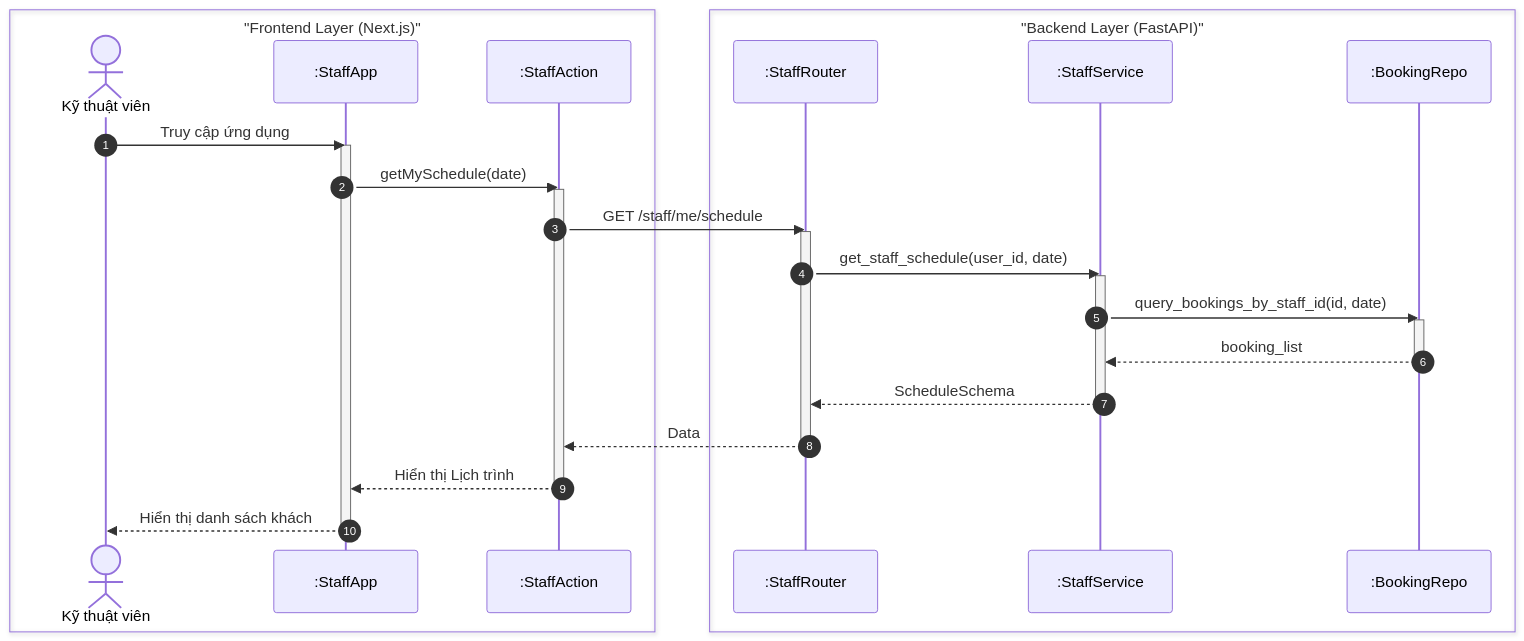
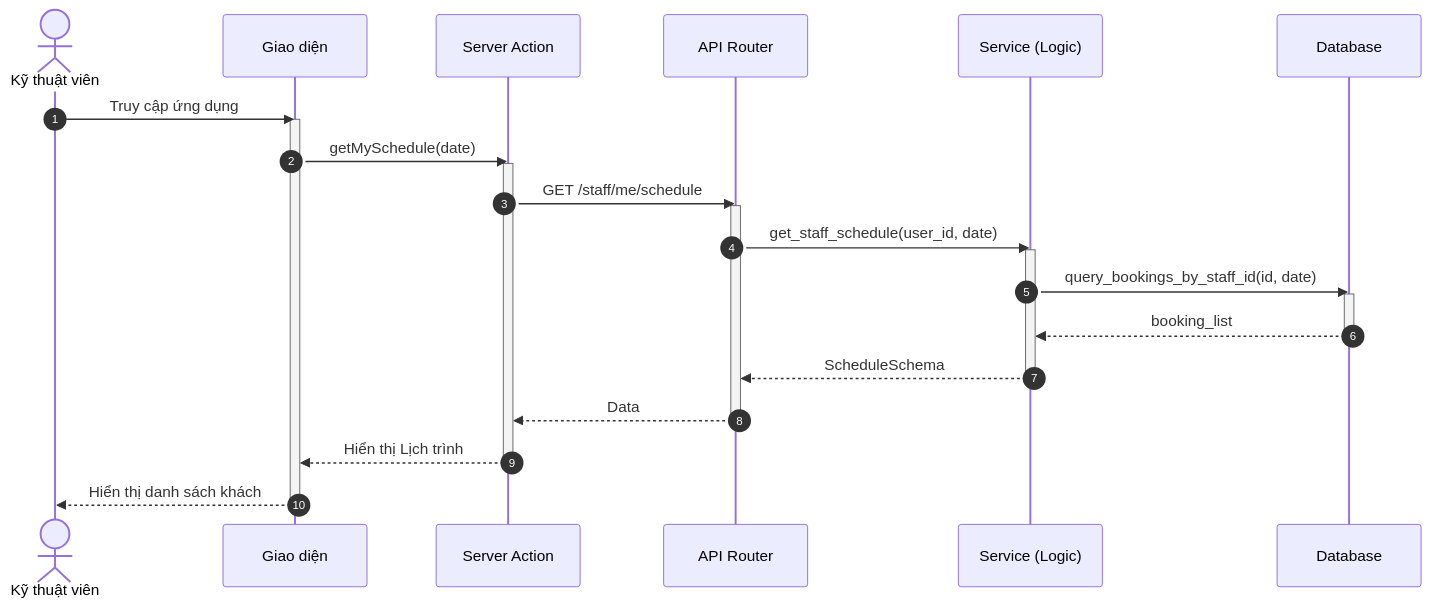
Before and after one commit to ngoctinn/Synapse: the first of 2 diagrams in docs/design/sequences/technician_flows.md, drawn with Mermaid. The commit also changed other lines of this file and 4 other files, not shown here.

Commit message:
docs: Add initial sequence diagrams for admin, authentication, customer, receptionist, and technician flows.

````diff
--- a/docs/design/sequences/technician_flows.md
+++ b/docs/design/sequences/technician_flows.md
@@ -28,43 +28,38 @@
 ```mermaid
 sequenceDiagram
     autonumber
-    box "Frontend Layer (Next.js)"
-        actor KTV as Kỹ thuật viên
-        participant UI as :StaffApp
-        participant BFF as :StaffAction
-    end
-
-    box "Backend Layer (FastAPI)"
-        participant API as :StaffRouter
-        participant S as :StaffService
-        participant DB as :BookingRepo
-    end
+    actor KTV as Kỹ thuật viên
+    participant UI as Giao diện
+    participant BFF as Server Action
+    participant API as API Router
+    participant S as Service (Logic)
+    participant DB as Database
 
     KTV->>UI: Truy cập ứng dụng
     activate UI
     UI->>BFF: getMySchedule(date)
     activate BFF
 
     BFF->>API: GET /staff/me/schedule
     activate API
 
     API->>S: get_staff_schedule(user_id, date)
     activate S
 
     S->>DB: query_bookings_by_staff_id(id, date)
     activate DB
     DB-->>S: booking_list
     deactivate DB
 
     S-->>API: ScheduleSchema
     deactivate S
 
     API-->>BFF: Data
     deactivate API
 
     BFF-->>UI: Hiển thị Lịch trình
     deactivate BFF
 
     UI-->>KTV: Hiển thị danh sách khách
     deactivate UI
 ```
````
